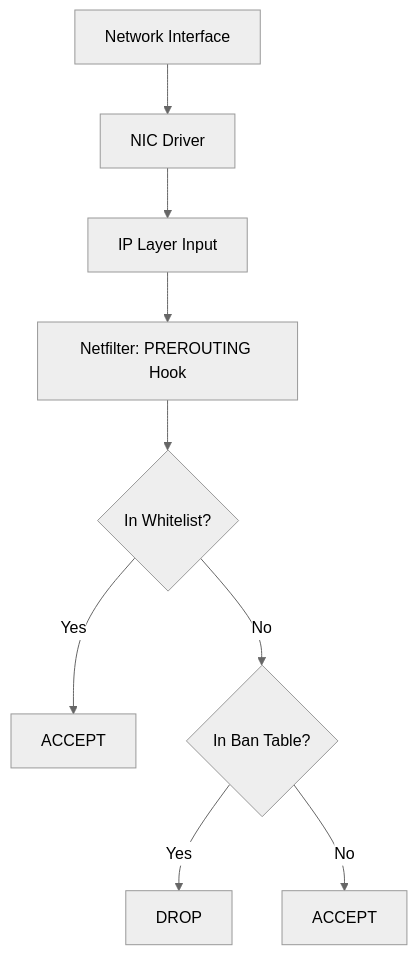
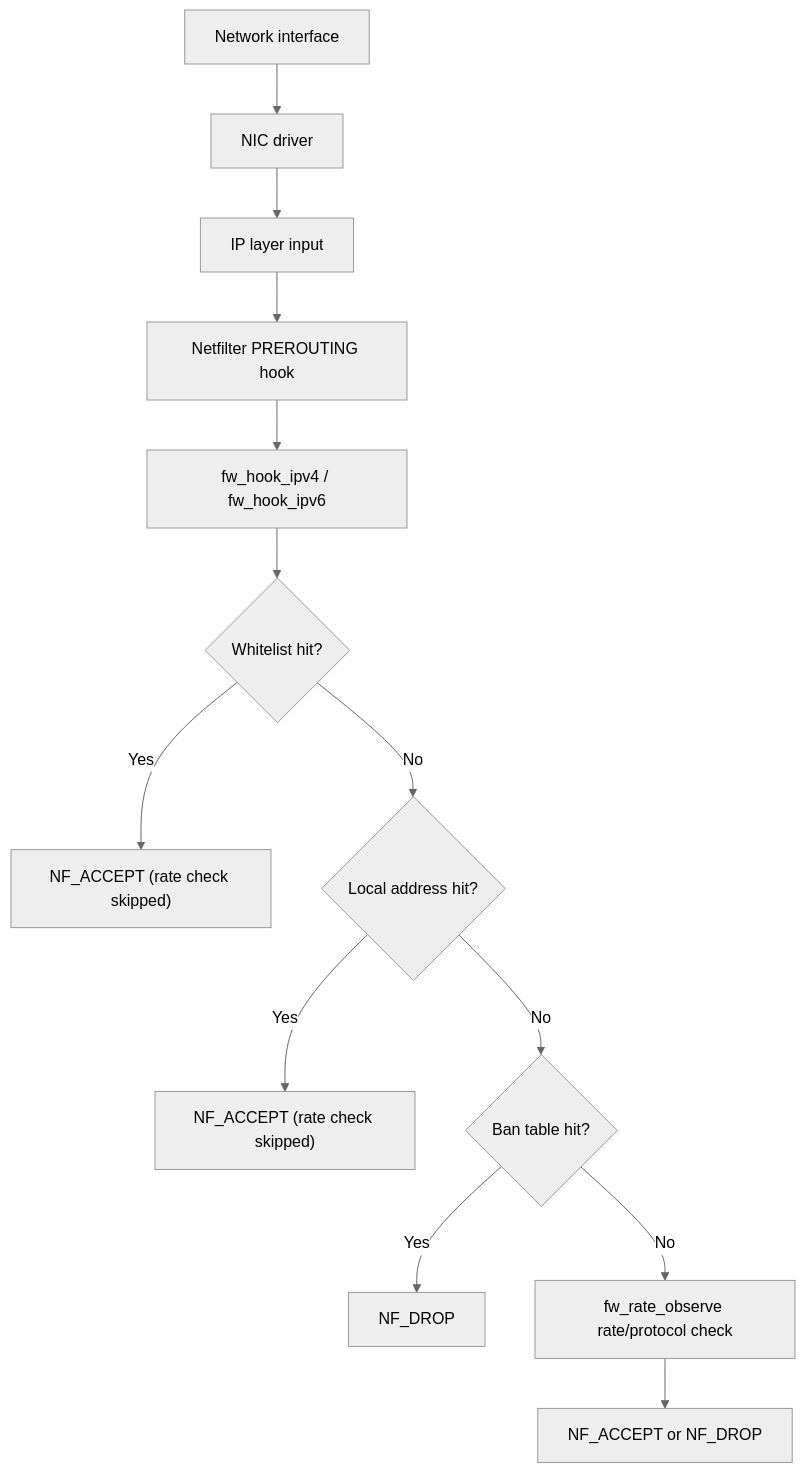
The first of 6 diagrams in docs/en/architecture/data-flow.md (SnowCore8/linux-firewall-kmod), drawn with Mermaid (neutral theme) before and after one commit. The commit also changed other lines of this file and 1 other file, not shown here.

````diff
--- a/docs/en/architecture/data-flow.md
+++ b/docs/en/architecture/data-flow.md
@@ -9,11 +15,15 @@
 ```mermaid
 graph TB
-    A[Network Interface] --> B[NIC Driver]
-    B --> C[IP Layer Input]
-    C --> D[Netfilter: PREROUTING Hook]
-    D --> E{In Whitelist?}
-    E -->|Yes| F[ACCEPT]
-    E -->|No| G{In Ban Table?}
-    G -->|Yes| H[DROP]
-    G -->|No| I[ACCEPT]
+    A["Network interface"] --> B["NIC driver"]
+    B --> C["IP layer input"]
+    C --> D["Netfilter PREROUTING hook"]
+    D --> E["fw_hook_ipv4 / fw_hook_ipv6"]
+    E --> F{"Whitelist hit?"}
+    F -->|Yes| G["NF_ACCEPT (rate check skipped)"]
+    F -->|No| H{"Local address hit?"}
+    H -->|Yes| I["NF_ACCEPT (rate check skipped)"]
+    H -->|No| J{"Ban table hit?"}
+    J -->|Yes| K["NF_DROP"]
+    J -->|No| L["fw_rate_observe rate/protocol check"]
+    L --> M["NF_ACCEPT or NF_DROP"]
 ```
````
